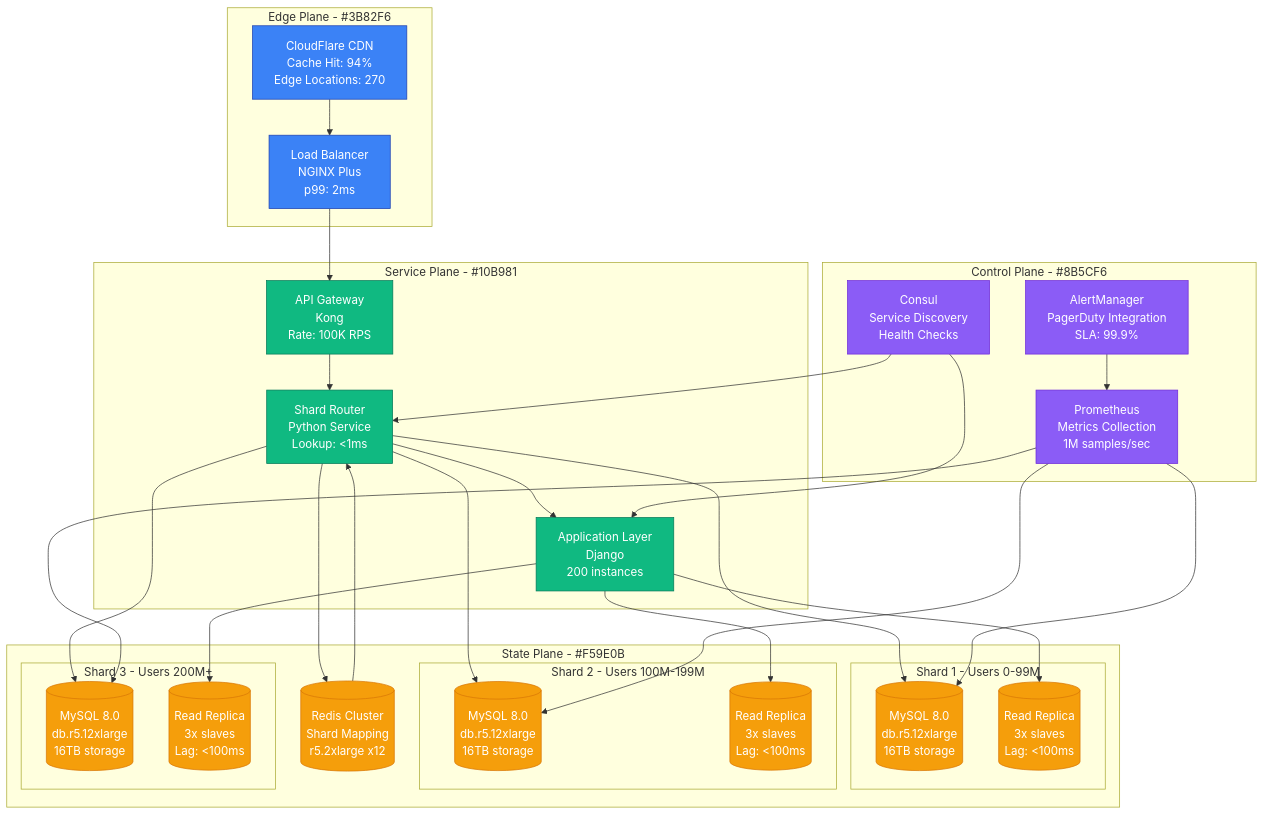
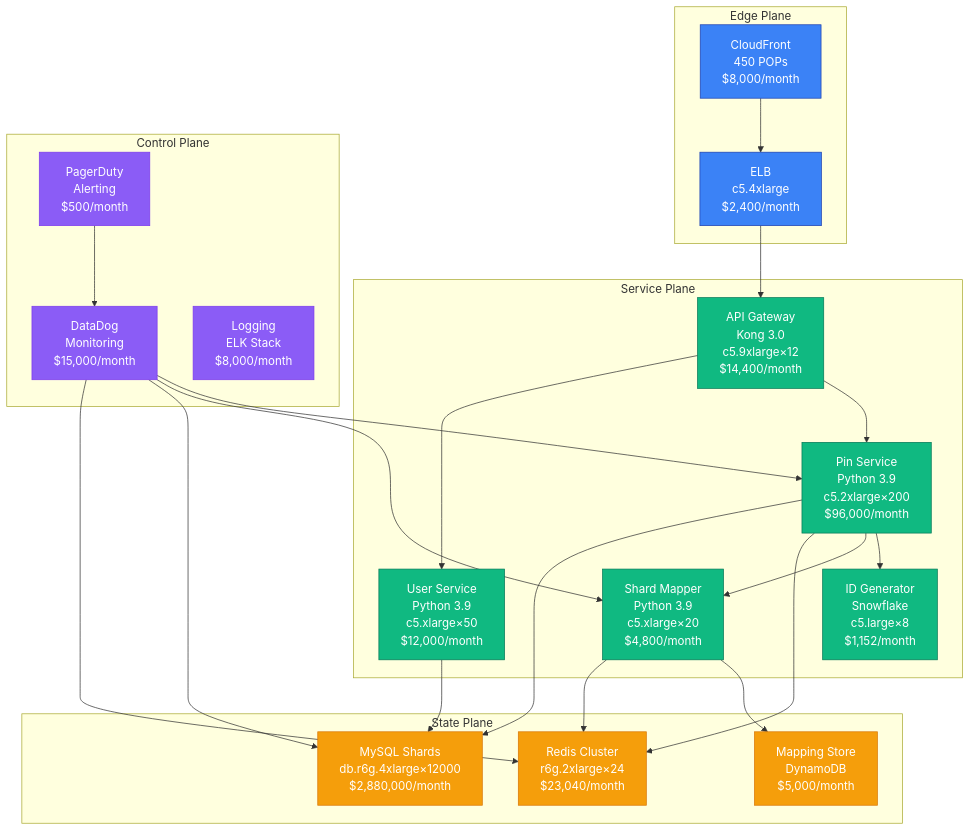
One commit to deepaucksharma/DS changed the first of 4 diagrams in site/docs/patterns/sharding-strategy-pinterest.md. Above: the diagram before and after it, drawn with Mermaid. The commit also changed other lines of this file and 74 other files, not shown here.

````diff
--- a/site/docs/patterns/sharding-strategy-pinterest.md
+++ b/site/docs/patterns/sharding-strategy-pinterest.md
@@ -9,71 +9,58 @@
 ```mermaid
 graph TB
-    subgraph EdgePlane[Edge Plane - #3B82F6]
-        LB[Load Balancer<br/>NGINX Plus<br/>p99: 2ms]
-        CDN[CloudFlare CDN<br/>Cache Hit: 94%<br/>Edge Locations: 270]
+    subgraph EdgePlane[Edge Plane]
+        ELB[ELB<br/>c5.4xlarge<br/>$2,400/month]
+        CF[CloudFront<br/>450 POPs<br/>$8,000/month]
     end
 
-    subgraph ServicePlane[Service Plane - #10B981]
-        API[API Gateway<br/>Kong<br/>Rate: 100K RPS]
-        SHARD[Shard Router<br/>Python Service<br/>Lookup: <1ms]
-        APP[Application Layer<br/>Django<br/>200 instances]
+    subgraph ServicePlane[Service Plane]
+        API[API Gateway<br/>Kong 3.0<br/>c5.9xlarge×12<br/>$14,400/month]
+        PS[Pin Service<br/>Python 3.9<br/>c5.2xlarge×200<br/>$96,000/month]
+        US[User Service<br/>Python 3.9<br/>c5.xlarge×50<br/>$12,000/month]
+        IDG[ID Generator<br/>Snowflake<br/>c5.large×8<br/>$1,152/month]
+        SM[Shard Mapper<br/>Python 3.9<br/>c5.xlarge×20<br/>$4,800/month]
     end
 
-    subgraph StatePlane[State Plane - #F59E0B]
-        subgraph Shard1[Shard 1 - Users 0-99M]
-            DB1[(MySQL 8.0<br/>db.r5.12xlarge<br/>16TB storage)]
-            SLAVE1[(Read Replica<br/>3x slaves<br/>Lag: <100ms)]
-        end
-
-        subgraph Shard2[Shard 2 - Users 100M-199M]
-            DB2[(MySQL 8.0<br/>db.r5.12xlarge<br/>16TB storage)]
-            SLAVE2[(Read Replica<br/>3x slaves<br/>Lag: <100ms)]
-        end
-
-        subgraph Shard3[Shard 3 - Users 200M+]
-            DB3[(MySQL 8.0<br/>db.r5.12xlarge<br/>16TB storage)]
-            SLAVE3[(Read Replica<br/>3x slaves<br/>Lag: <100ms)]
-        end
-
-        REDIS[(Redis Cluster<br/>Shard Mapping<br/>r5.2xlarge x12)]
+    subgraph StatePlane[State Plane]
+        Redis[Redis Cluster<br/>r6g.2xlarge×24<br/>$23,040/month]
+        MySQL[MySQL Shards<br/>db.r6g.4xlarge×12000<br/>$2,880,000/month]
+        Mapping[Mapping Store<br/>DynamoDB<br/>$5,000/month]
     end
 
-    subgraph ControlPlane[Control Plane - #8B5CF6]
-        CONSUL[Consul<br/>Service Discovery<br/>Health Checks]
-        PROM[Prometheus<br/>Metrics Collection<br/>1M samples/sec]
-        ALERT[AlertManager<br/>PagerDuty Integration<br/>SLA: 99.9%]
+    subgraph ControlPlane[Control Plane]
+        DD[DataDog<br/>Monitoring<br/>$15,000/month]
+        PD[PagerDuty<br/>Alerting<br/>$500/month]
+        LOG[Logging<br/>ELK Stack<br/>$8,000/month]
     end
 
     %% Request Flow
-    CDN --> LB
-    LB --> API
-    API --> SHARD
-    SHARD --> REDIS
-    REDIS --> SHARD
-    SHARD --> DB1
-    SHARD --> DB2
-    SHARD --> DB3
-    SHARD --> APP
-    APP --> SLAVE1
-    APP --> SLAVE2
-    APP --> SLAVE3
+    CF --> ELB
+    ELB --> API
+    API --> PS
+    API --> US
+    PS --> IDG
+    PS --> SM
+    SM --> Mapping
+    SM --> Redis
+    PS --> Redis
+    PS --> MySQL
+    US --> MySQL
 
-    %% Control connections
-    CONSUL --> SHARD
-    CONSUL --> APP
-    PROM --> DB1
-    PROM --> DB2
-    PROM --> DB3
-    ALERT --> PROM
+    %% Monitoring
+    DD --> PS
+    DD --> SM
+    DD --> MySQL
+    DD --> Redis
+    PD --> DD
 
-    %% Apply four-plane colors
+    %% Apply 4-plane colors
     classDef edgeStyle fill:#3B82F6,stroke:#1E40AF,color:#fff
     classDef serviceStyle fill:#10B981,stroke:#047857,color:#fff
     classDef stateStyle fill:#F59E0B,stroke:#D97706,color:#fff
-    classDef controlStyle fill:#8B5CF6,stroke:#6D28D9,color:#fff
+    classDef controlStyle fill:#8B5CF6,stroke:#7C3AED,color:#fff
 
-    class LB,CDN edgeStyle
-    class API,SHARD,APP serviceStyle
-    class DB1,DB2,DB3,SLAVE1,SLAVE2,SLAVE3,REDIS stateStyle
-    class CONSUL,PROM,ALERT controlStyle
+    class ELB,CF edgeStyle
+    class API,PS,US,IDG,SM serviceStyle
+    class Redis,MySQL,Mapping stateStyle
+    class DD,PD,LOG controlStyle
 ```
````
